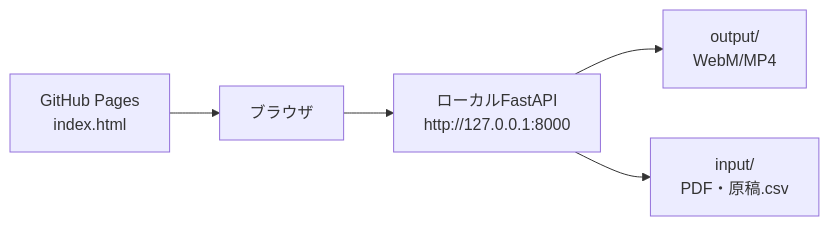
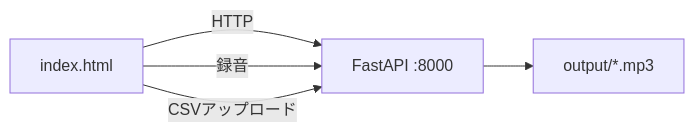
Before and after one commit to J1921604/MyVoice-Maker: the diagram in docs/DEPLOY_GUIDE.md, drawn with Mermaid. The commit also changed other lines of this file and 34 other files, not shown here.

````diff
--- a/docs/DEPLOY_GUIDE.md
+++ b/docs/DEPLOY_GUIDE.md
@@ -12,11 +17,7 @@
 ```mermaid
 flowchart LR
-    A[GitHub Pages
-    index.html] --> B[ブラウザ]
-    B --> C[ローカルFastAPI
-    http://127.0.0.1:8000]
-    C --> D[output/
-    WebM/MP4]
-    C --> E[input/
-    PDF・原稿.csv]
+    UI[index.html] -->|HTTP| API[FastAPI :8000]
+    API --> OUT[output/*.mp3]
+    UI -->|録音| API
+    UI -->|CSVアップロード| API
 ```
````
